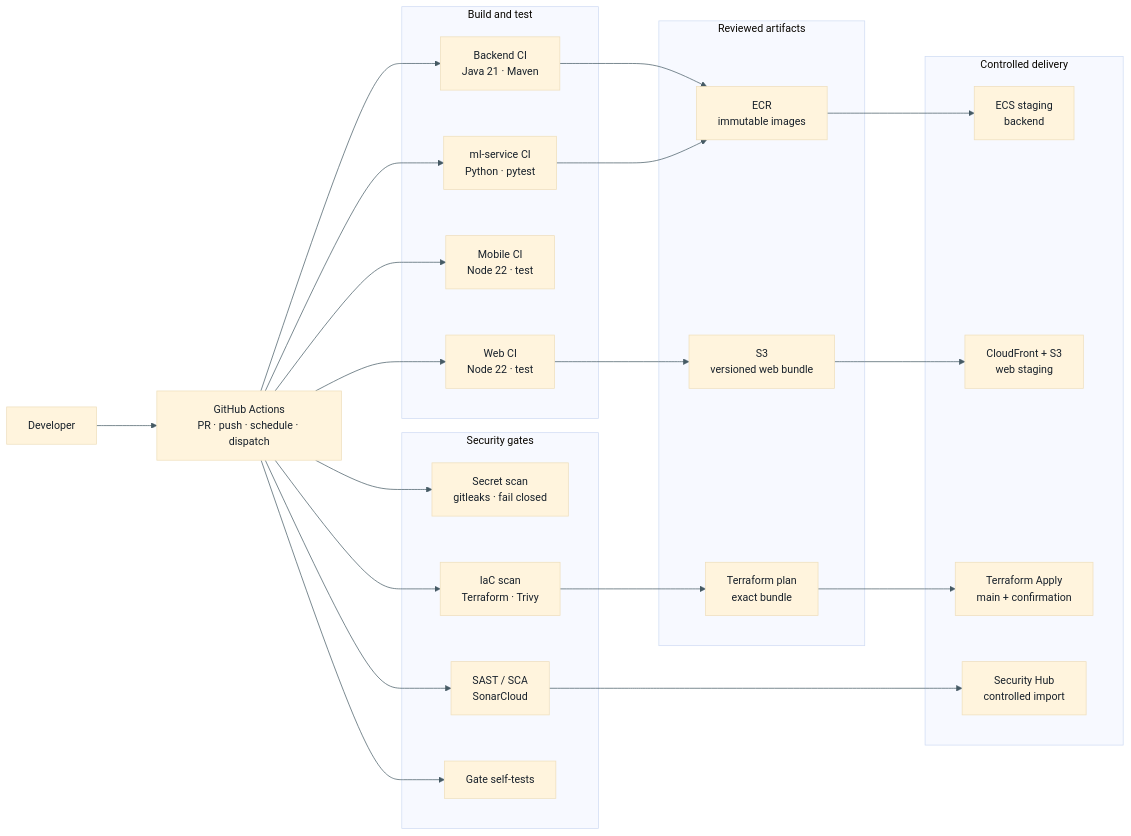
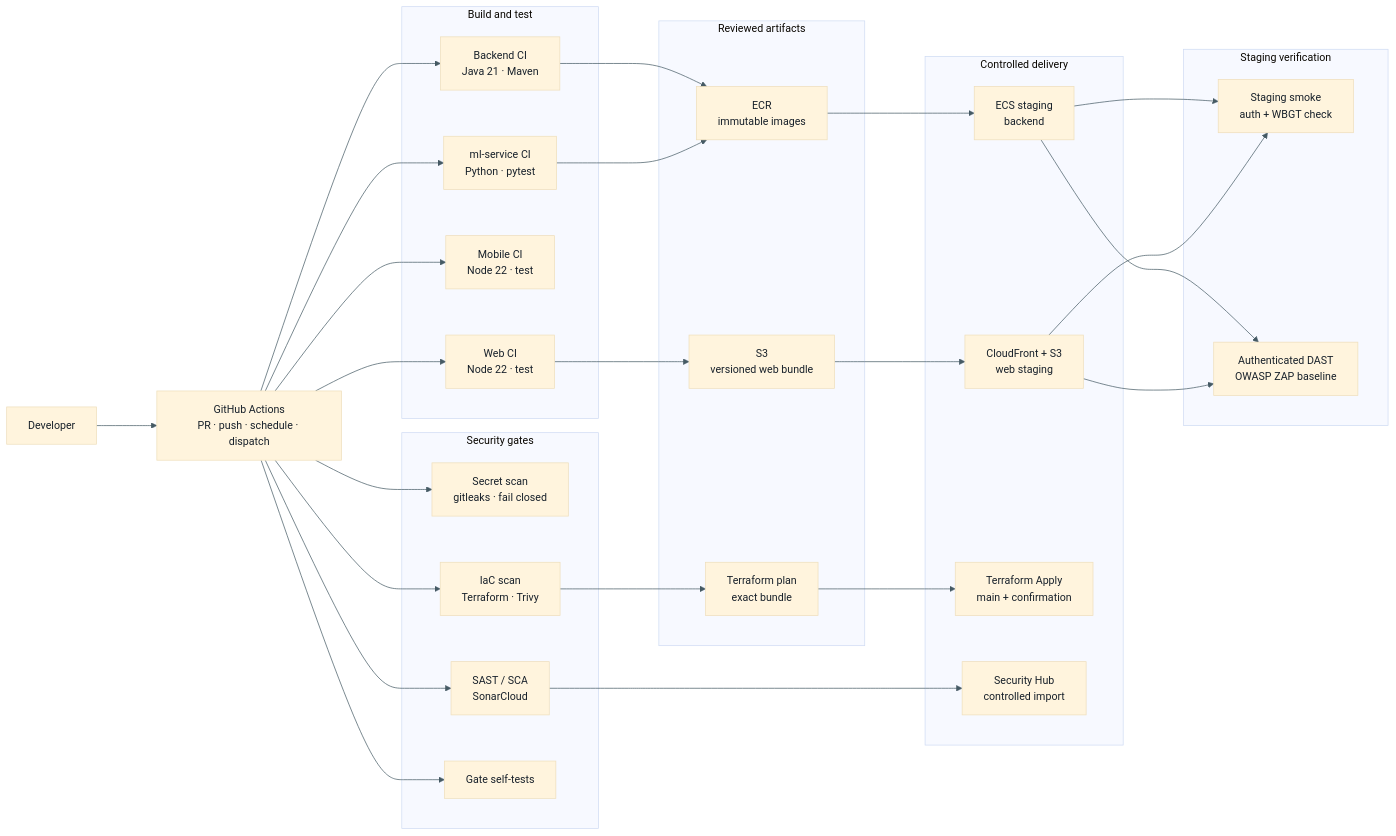
One commit to zctiong-iss/crewsafe changed the third of 3 diagrams in docs/architecture/terraform-architecture.md. Above: the diagram before and after it, drawn with Mermaid. The commit also changed other lines of this file and 2 other files, not shown here.

Commit message:
feat: enhance architecture documentation with staging verification and access logging details

````diff
--- a/docs/architecture/terraform-architecture.md
+++ b/docs/architecture/terraform-architecture.md
@@ -224,63 +237,72 @@
 ```mermaid
 %%{init: {
   "theme": "base",
   "themeVariables": {
     "fontFamily": "Arial, sans-serif",
     "fontSize": "15px",
     "primaryTextColor": "#17202a",
     "lineColor": "#455a64",
     "edgeLabelBackground": "#ffffff"
   },
   "flowchart": {
     "nodeSpacing": 65,
     "rankSpacing": 85,
     "htmlLabels": true,
     "useMaxWidth": false
   }
 }}%%
 flowchart LR
   dev[Developer]
   actions[GitHub Actions<br/>PR · push · schedule · dispatch]
 
   subgraph build[Build and test]
     backend[Backend CI<br/>Java 21 · Maven]
     web[Web CI<br/>Node 22 · test]
     mobile[Mobile CI<br/>Node 22 · test]
     mlservice[ml-service CI<br/>Python · pytest]
   end
 
   subgraph security[Security gates]
     secrets[Secret scan<br/>gitleaks · fail closed]
     sast[SAST / SCA<br/>SonarCloud]
     iac[IaC scan<br/>Terraform · Trivy]
     selftests[Gate self-tests]
   end
 
   subgraph artifacts[Reviewed artifacts]
     ecr[ECR<br/>immutable images]
     s3[S3<br/>versioned web bundle]
     plan[Terraform plan<br/>exact bundle]
   end
 
   subgraph delivery[Controlled delivery]
     ecs[ECS staging<br/>backend]
     webstg[CloudFront + S3<br/>web staging]
     apply[Terraform Apply<br/>main + confirmation]
     hub[Security Hub<br/>controlled import]
   end
 
+  subgraph verify[Staging verification]
+    smoke[Staging smoke<br/>auth + WBGT check]
+    dast[Authenticated DAST<br/>OWASP ZAP baseline]
+  end
+
   dev --> actions
   actions --> backend
   actions --> web
   actions --> mobile
   actions --> mlservice
   actions --> secrets
   actions --> sast
   actions --> iac
   actions --> selftests
   backend --> ecr --> ecs
   mlservice --> ecr
   web --> s3 --> webstg
   iac --> plan --> apply
   sast --> hub
+  ecs --> smoke
+  webstg --> smoke
+  ecs --> dast
+  webstg --> dast
 ```
````
